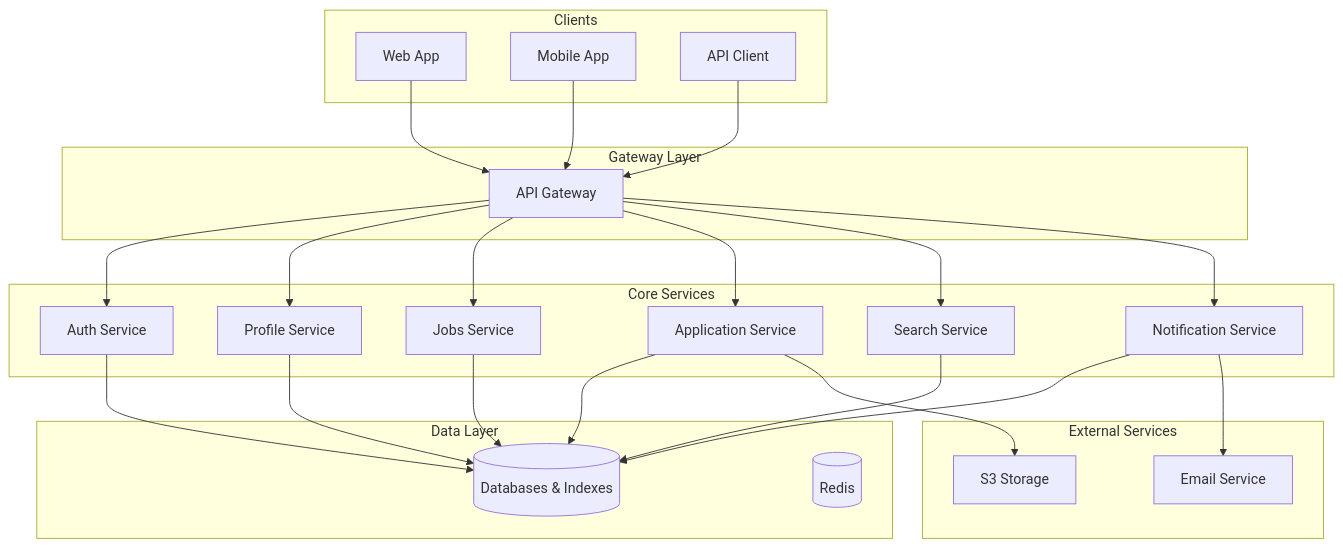
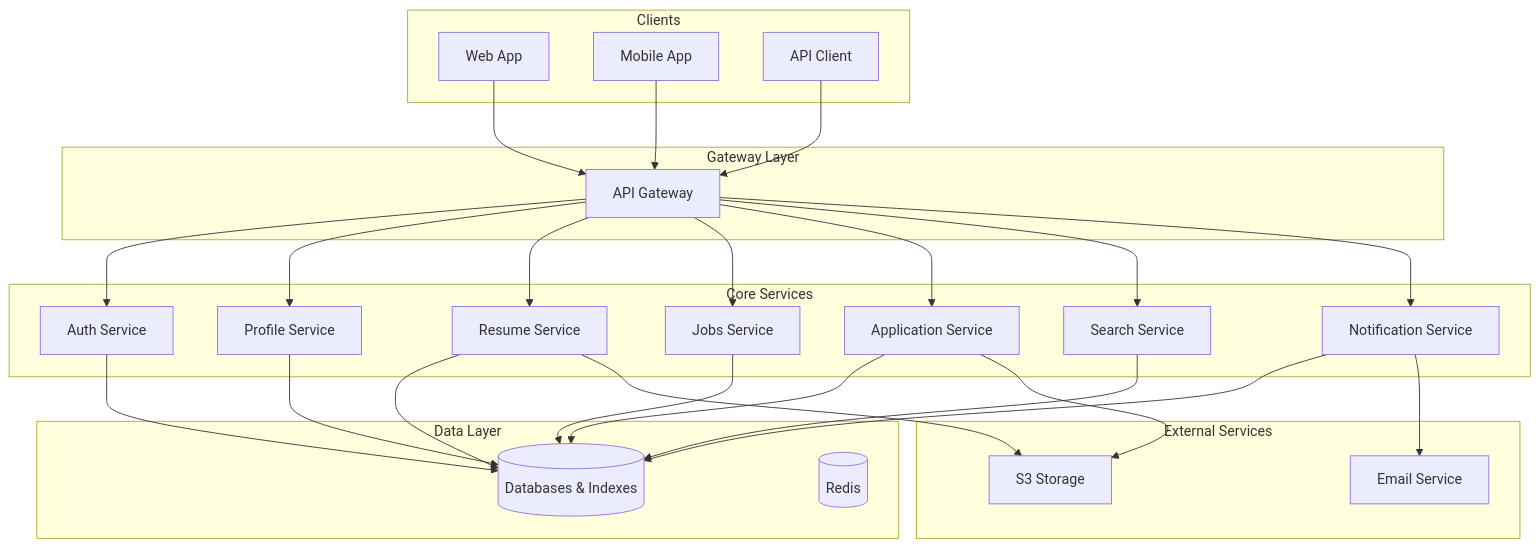
Before and after one commit to gkibria121/jump-into-job-docs: the diagram in docs/01-introduction/architecture.mdx, drawn with Mermaid. The commit also changed other lines of this file, not shown here.

Commit message:
add resume service

````diff
--- a/docs/01-introduction/architecture.mdx
+++ b/docs/01-introduction/architecture.mdx
@@ -7,53 +7,58 @@
 ```mermaid
 flowchart TD
     subgraph "Clients"
         Web[Web App]
         Mobile[Mobile App]
         APIClient[API Client]
     end
 
     subgraph "Gateway Layer"
         APIGW[API Gateway]
     end
 
     Web --> APIGW
     Mobile --> APIGW
     APIClient --> APIGW
 
     subgraph "Core Services"
         Auth[Auth Service]
         Profile[Profile Service]
+        Resume[Resume Service]
         Jobs[Jobs Service]
         App[Application Service]
         Search[Search Service]
         Notif[Notification Service]
     end
 
     APIGW --> Auth
     APIGW --> Profile
+    APIGW --> Resume
     APIGW --> Jobs
     APIGW --> App
     APIGW --> Search
     APIGW --> Notif
 
     subgraph "Data Layer"
         DBs[(Databases & Indexes)]
         Cache[(Redis)]
     end
 
     Auth --> DBs
     Profile --> DBs
+    Resume --> DBs
     Jobs --> DBs
     App --> DBs
     Search --> DBs
     Notif --> DBs
 
     subgraph "External Services"
         Email[Email Service]
         S3[S3 Storage]
     end
 
+    Resume --> S3
     Notif --> Email
     App --> S3
 
+
 ```
````
